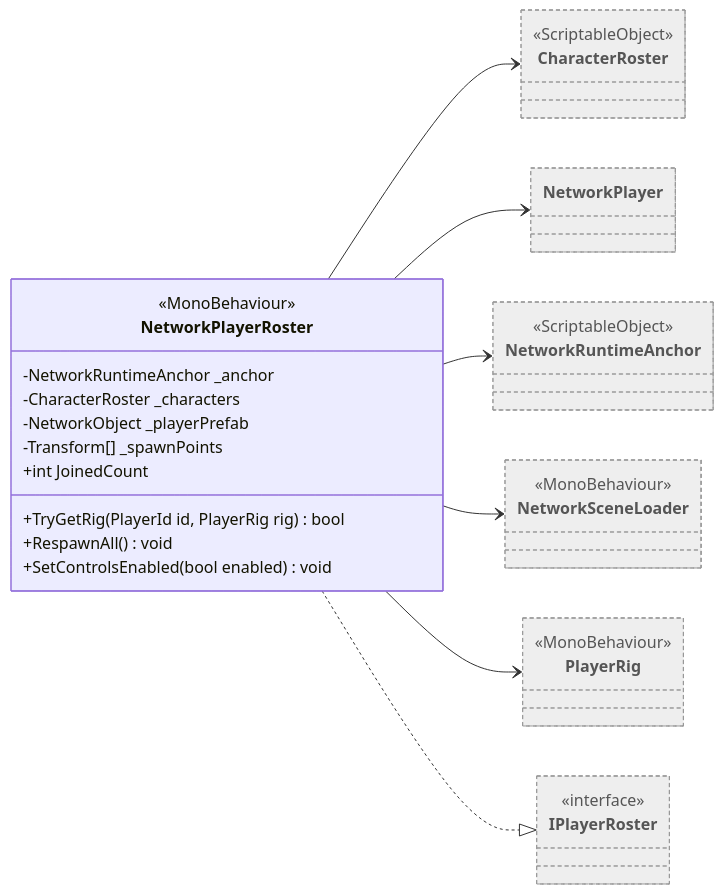
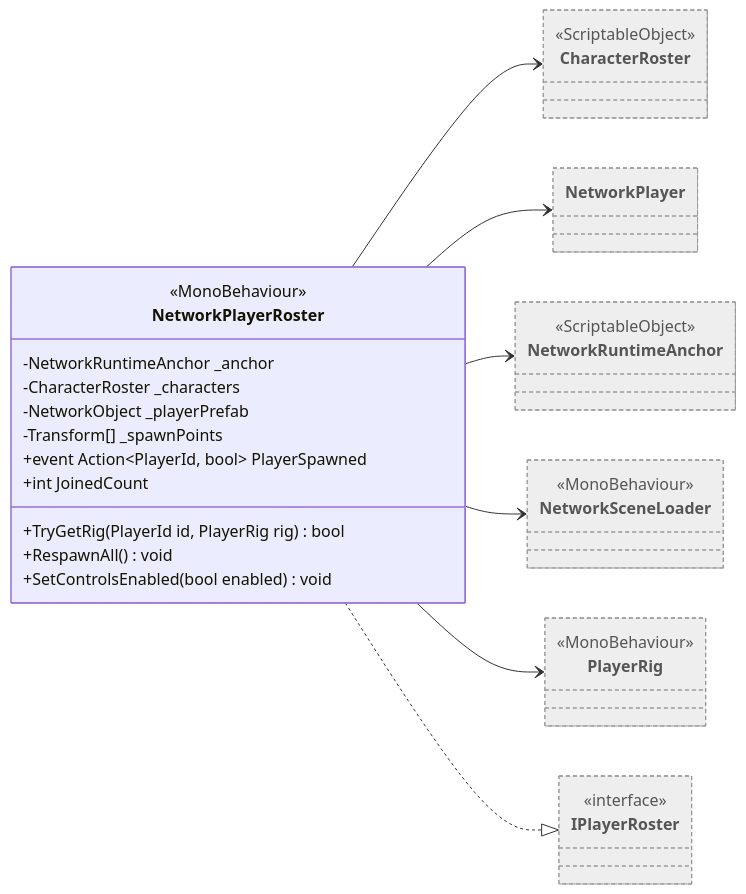
The diagram in Docs/Arquitectura/Clases/Networking/NetworkPlayerRoster.md (Chacashi/Alien-Farms), drawn with Mermaid before and after one commit. The commit also changed other lines of this file and 257 other files, not shown here.

````diff
--- a/Docs/Arquitectura/Clases/Networking/NetworkPlayerRoster.md
+++ b/Docs/Arquitectura/Clases/Networking/NetworkPlayerRoster.md
@@ -18,33 +18,34 @@
 ```mermaid
 classDiagram
   direction LR
   class NetworkPlayerRoster {
     <<MonoBehaviour>>
     -NetworkRuntimeAnchor _anchor
     -CharacterRoster _characters
     -NetworkObject _playerPrefab
     -Transform[] _spawnPoints
+    +event Action~PlayerId, bool~ PlayerSpawned
     +int JoinedCount
     +TryGetRig(PlayerId id, PlayerRig rig) bool
     +RespawnAll() void
     +SetControlsEnabled(bool enabled) void
   }
   class CharacterRoster:::external
   <<ScriptableObject>> CharacterRoster
   class IPlayerRoster:::external
   <<interface>> IPlayerRoster
   class NetworkPlayer:::external
   class NetworkRuntimeAnchor:::external
   <<ScriptableObject>> NetworkRuntimeAnchor
   class NetworkSceneLoader:::external
   <<MonoBehaviour>> NetworkSceneLoader
   class PlayerRig:::external
   <<MonoBehaviour>> PlayerRig
   NetworkPlayerRoster --> CharacterRoster
   NetworkPlayerRoster --> NetworkPlayer
   NetworkPlayerRoster --> NetworkRuntimeAnchor
   NetworkPlayerRoster --> NetworkSceneLoader
   NetworkPlayerRoster --> PlayerRig
   NetworkPlayerRoster ..|> IPlayerRoster
   classDef external fill:#eee,stroke:#999,stroke-dasharray: 4 3,color:#555
 ```
````
